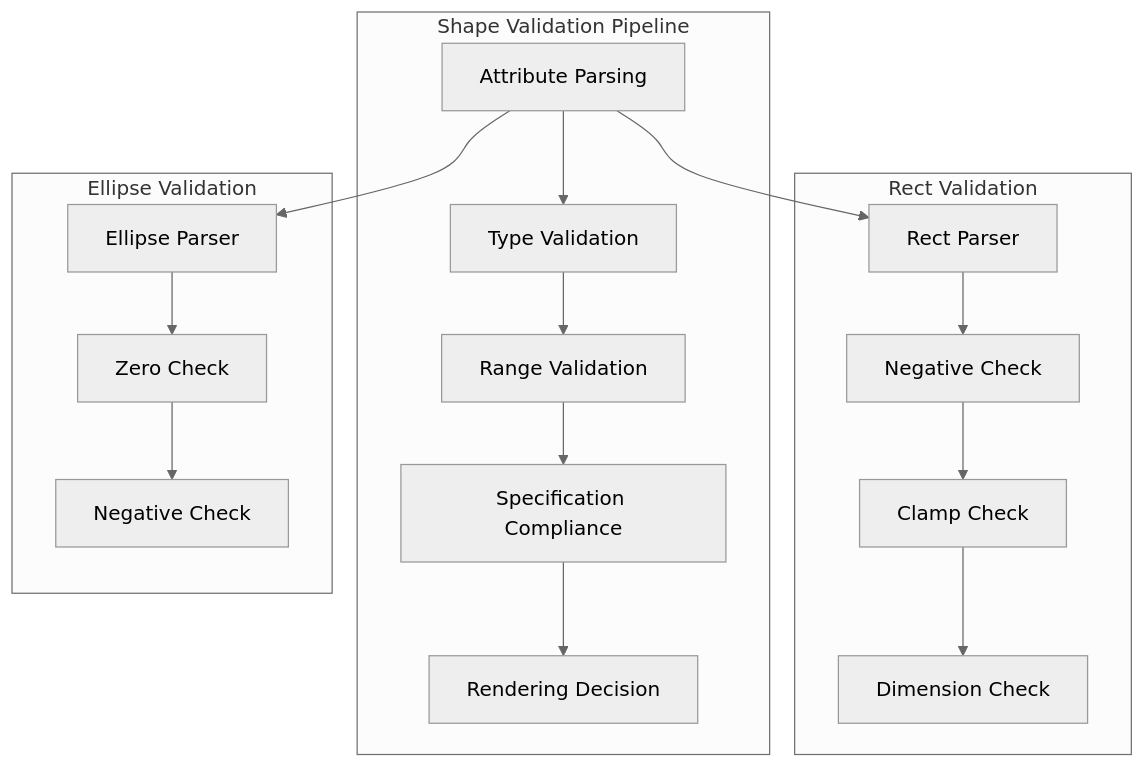
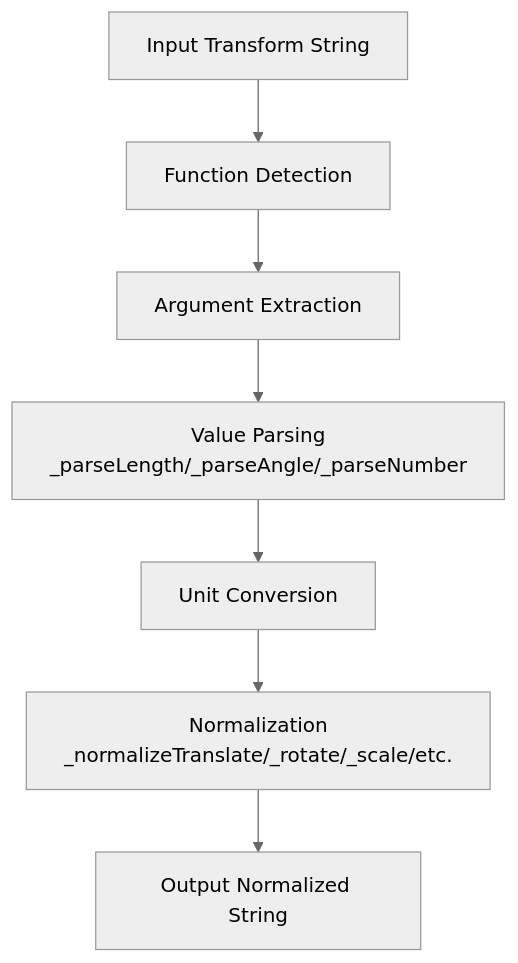
One commit to denisnadey/flutter_full_svg_support changed diagram 24 of 26 in .qoder/repowiki/en/content/Animated SVG Support/Animated SVG Support.md. Above: the diagram before and after it, drawn with Mermaid (neutral theme). The commit also changed other lines of this file and 20 other files, not shown here.

````diff
--- a/.qoder/repowiki/en/content/Animated SVG Support/Animated SVG Support.md
+++ b/.qoder/repowiki/en/content/Animated SVG Support/Animated SVG Support.md
@@ -675,20 +1154,9 @@
 ```mermaid
-graph TB
-subgraph "Shape Validation Pipeline"
-A["Attribute Parsing"] --> B["Type Validation"]
-B --> C["Range Validation"]
-C --> D["Specification Compliance"]
-D --> E["Rendering Decision"]
-end
-subgraph "Rect Validation"
-F["Rect Parser"] --> G["Negative Check"]
-G --> H["Clamp Check"]
-H --> I["Dimension Check"]
-end
-subgraph "Ellipse Validation"
-J["Ellipse Parser"] --> K["Zero Check"]
-K --> L["Negative Check"]
-end
-A --> F
-A --> J
+flowchart TD
+A["Input Transform String"] --> B["Function Detection"]
+B --> C["Argument Extraction"]
+C --> D["Value Parsing<br/>_parseLength/_parseAngle/_parseNumber"]
+D --> E["Unit Conversion"]
+E --> F["Normalization<br/>_normalizeTranslate/_rotate/_scale/etc."]
+F --> G["Output Normalized String"]
 ```
````
